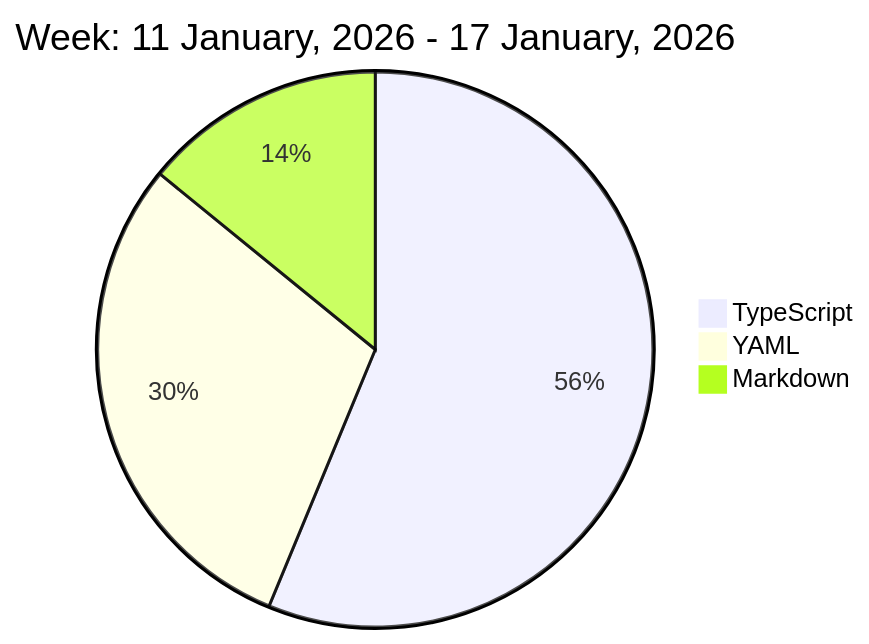
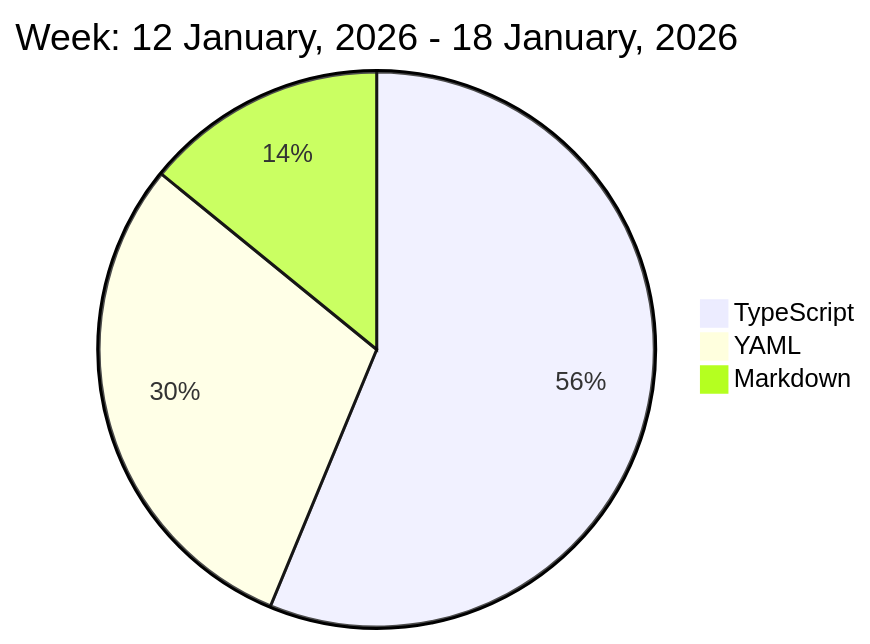
One commit to liubin95/liubin95 changed the diagram in README.md. Above: the diagram before and after it, drawn with Mermaid.

Commit message:
Updated the Graph with new Metrics

````diff
--- a/README.md
+++ b/README.md
@@ -37,7 +37,7 @@
 ```mermaid
  pie
-title Week: 11 January, 2026 - 17 January, 2026
+title Week: 12 January, 2026 - 18 January, 2026
  "TypeScript" : 7.97
  "YAML" : 4.2
  "Markdown" : 2.0
 ```
````
